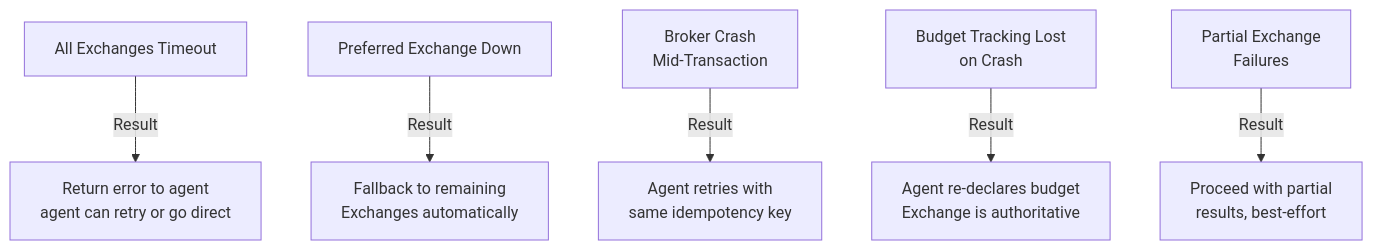
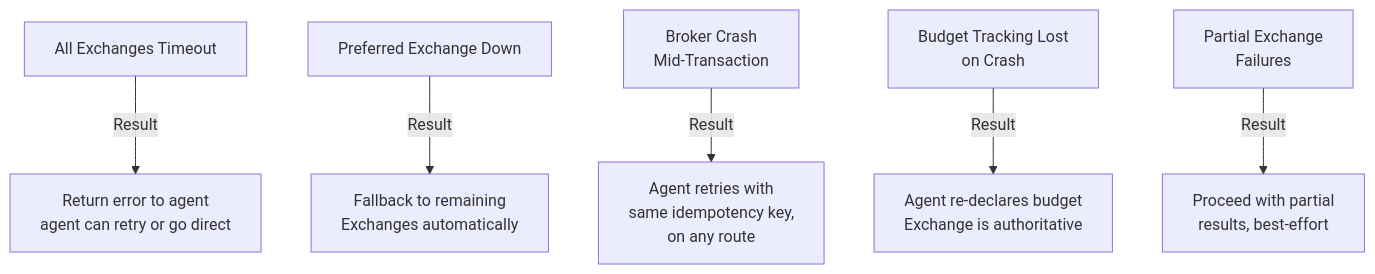
One commit to FORA-Protocol/protocol changed the fourth of 4 diagrams in website/src/content/docs/components/broker/deployment.mdx. Above: the diagram before and after it, drawn with Mermaid. The commit also changed other lines of this file and 14 other files, not shown here.

First line of the commit message:
Drop the Broker's report and dispute relay, and bill the agent, in the guides

````diff
--- a/website/src/content/docs/components/broker/deployment.mdx
+++ b/website/src/content/docs/components/broker/deployment.mdx
@@ -270,8 +270,8 @@
 ```mermaid
 graph TD
     F1[All Exchanges Timeout] -->|Result| R1[Return error to agent<br/>agent can retry or go direct]
     F2[Preferred Exchange Down] -->|Result| R2[Fallback to remaining<br/>Exchanges automatically]
-    F3[Broker Crash<br/>Mid-Transaction] -->|Result| R3[Agent retries with<br/>same idempotency key]
+    F3[Broker Crash<br/>Mid-Transaction] -->|Result| R3[Agent retries with<br/>same idempotency key,<br/>on any route]
     F4[Budget Tracking Lost<br/>on Crash] -->|Result| R4[Agent re-declares budget<br/>Exchange is authoritative]
     F5[Partial Exchange<br/>Failures] -->|Result| R5[Proceed with partial<br/>results, best-effort]
 ```
````
